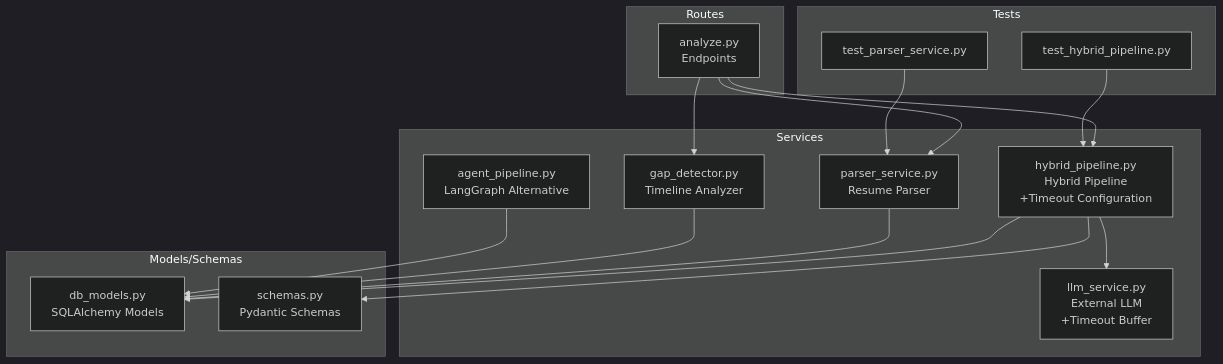
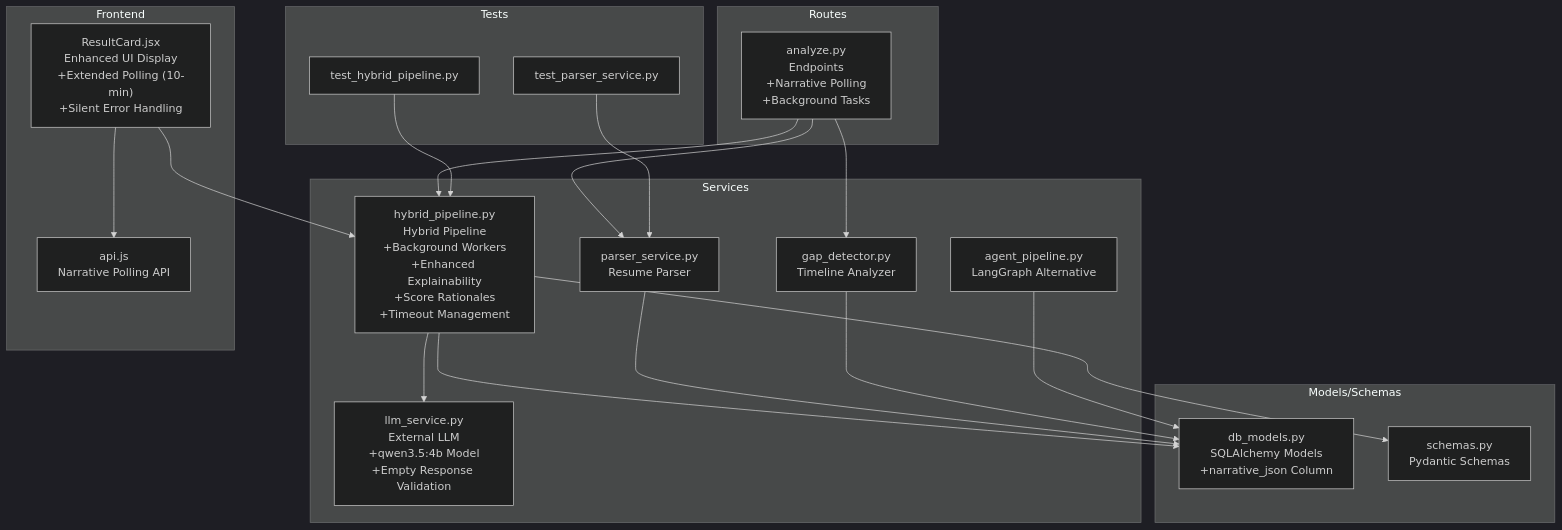
One commit to Revanththetalogics/aireume changed the first of 12 diagrams in .qoder/repowiki/en/content/Analysis Engine/Hybrid Pipeline Architecture.md. Above: the diagram before and after it, drawn with Mermaid (dark theme). The commit also changed other lines of this file and 33 other files, not shown here.

First line of the commit message:
fix: JD templates, LLM queue, comparison page, name extraction, narrative timeout

````diff
--- a/.qoder/repowiki/en/content/Analysis Engine/Hybrid Pipeline Architecture.md
+++ b/.qoder/repowiki/en/content/Analysis Engine/Hybrid Pipeline Architecture.md
@@ -55,32 +68,38 @@
 ```mermaid
 graph TB
 subgraph "Routes"
-A["analyze.py<br/>Endpoints"]
+A["analyze.py<br/>Endpoints<br/>+Narrative Polling<br/>+Background Tasks"]
 end
 subgraph "Services"
-B["hybrid_pipeline.py<br/>Hybrid Pipeline<br/>+Timeout Configuration"]
+B["hybrid_pipeline.py<br/>Hybrid Pipeline<br/>+Background Workers<br/>+Enhanced Explainability<br/>+Score Rationales<br/>+Timeout Management"]
 C["parser_service.py<br/>Resume Parser"]
 D["gap_detector.py<br/>Timeline Analyzer"]
-E["llm_service.py<br/>External LLM<br/>+Timeout Buffer"]
+E["llm_service.py<br/>External LLM<br/>+qwen3.5:4b Model<br/>+Empty Response Validation"]
 F["agent_pipeline.py<br/>LangGraph Alternative"]
 end
 subgraph "Models/Schemas"
-G["db_models.py<br/>SQLAlchemy Models"]
+G["db_models.py<br/>SQLAlchemy Models<br/>+narrative_json Column"]
 H["schemas.py<br/>Pydantic Schemas"]
 end
 subgraph "Tests"
 I["test_hybrid_pipeline.py"]
 J["test_parser_service.py"]
+end
+subgraph "Frontend"
+K["ResultCard.jsx<br/>Enhanced UI Display<br/>+Extended Polling (10-min)<br/>+Silent Error Handling"]
+L["api.js<br/>Narrative Polling API"]
 end
 A --> B
 A --> C
 A --> D
 B --> E
 B --> G
 B --> H
 C --> G
 D --> G
 F --> G
 I --> B
 J --> C
+K --> B
+K --> L
 ```
````
